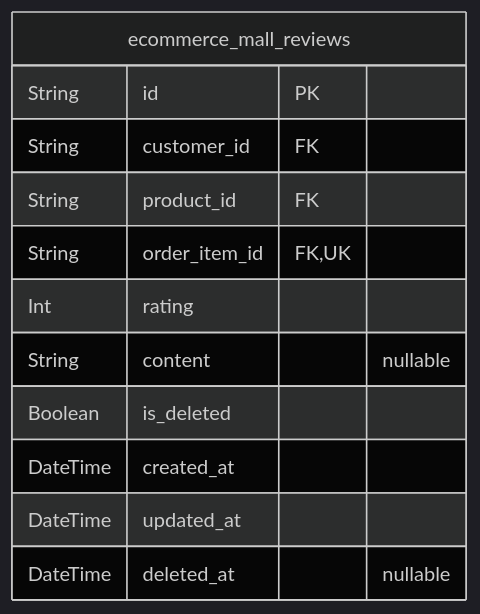
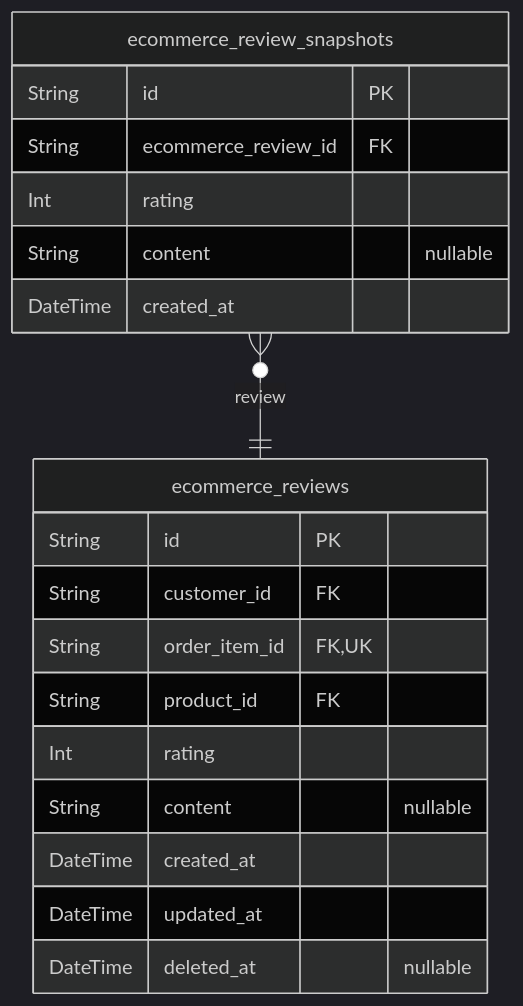
The seventh of 8 diagrams in qwen/qwen3.5-122b-a10b/shopping/docs/ERD.md (wrtnlabs/autobe-examples), drawn with Mermaid (dark theme) before and after one commit. The commit also changed other lines of this file and 32093 other files, not shown here.

````diff
--- a/qwen/qwen3.5-122b-a10b/shopping/docs/ERD.md
+++ b/qwen/qwen3.5-122b-a10b/shopping/docs/ERD.md
@@ -1128,15 +3026,22 @@
 ```mermaid
 erDiagram
-"ecommerce_mall_reviews" {
+"ecommerce_reviews" {
   String id PK
   String customer_id FK
+  String order_item_id FK,UK
   String product_id FK
-  String order_item_id FK,UK
   Int rating
   String content "nullable"
-  Boolean is_deleted
   DateTime created_at
   DateTime updated_at
   DateTime deleted_at "nullable"
 }
+"ecommerce_review_snapshots" {
+  String id PK
+  String ecommerce_review_id FK
+  Int rating
+  String content "nullable"
+  DateTime created_at
+}
+"ecommerce_review_snapshots" }o--|| "ecommerce_reviews" : review
 ```
````
